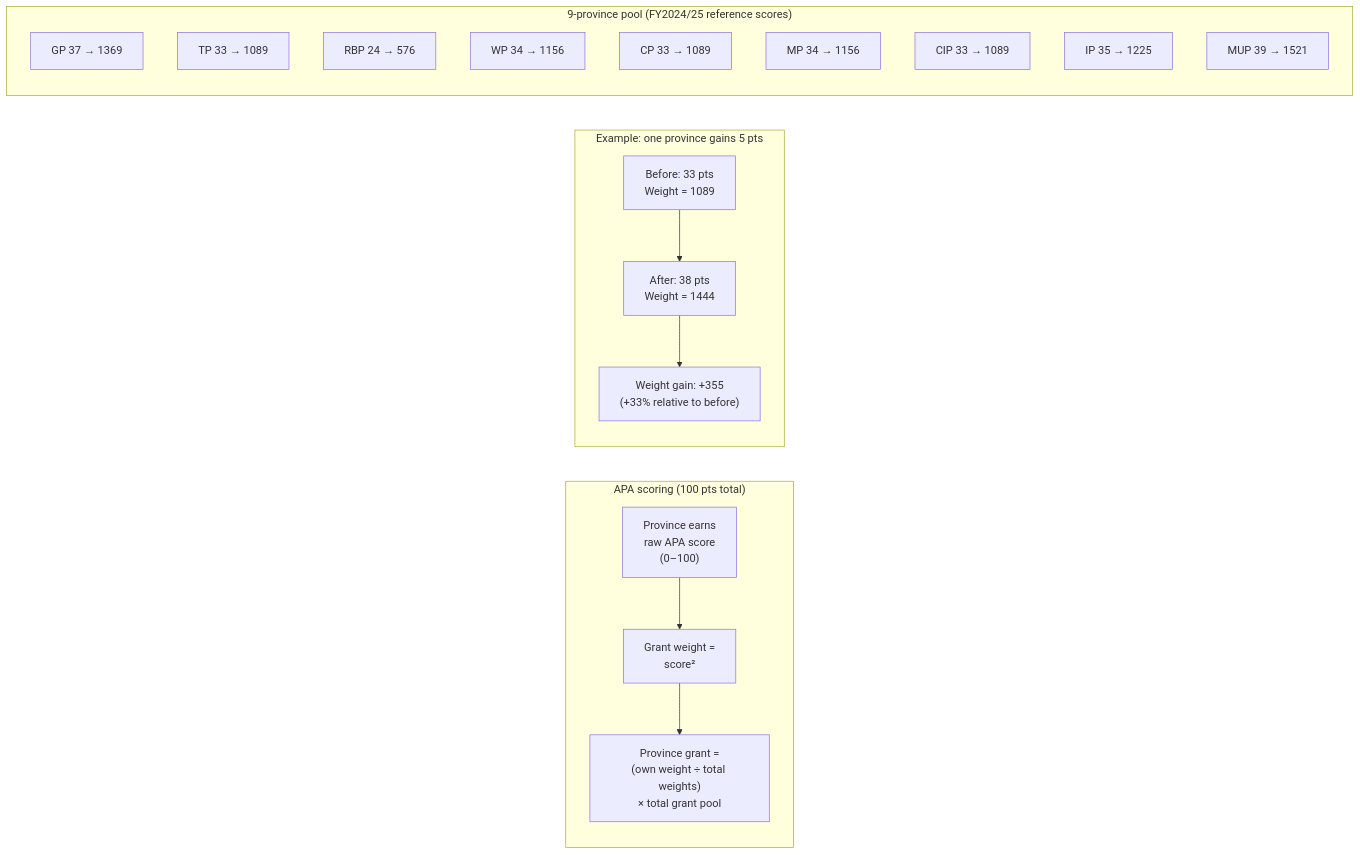
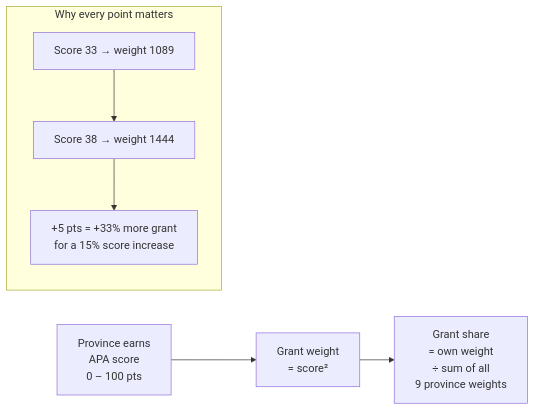
One commit to zvtate/local-checkin-agent changed the fourth of 4 diagrams in docs/ARCHITECTURE.md. Above: the diagram before and after it, drawn with Mermaid. The commit also changed other lines of this file and 4 other files, not shown here.

````diff
--- a/docs/ARCHITECTURE.md
+++ b/docs/ARCHITECTURE.md
@@ -199,31 +198,12 @@
 ```mermaid
 flowchart LR
-    subgraph APA["APA scoring (100 pts total)"]
-        direction TB
-        S["Province earns\nraw APA score\n(0–100)"]
-        W["Grant weight =\nscore²"]
-        G["Province grant =\n(own weight ÷ total weights)\n× total grant pool"]
-        S --> W --> G
-    end
+    Score["Province earns\nAPA score\n0 – 100 pts"] --> Weight["Grant weight\n= score²"]
+    Weight --> Share["Grant share\n= own weight\n÷ sum of all\n9 province weights"]
 
-    subgraph Example["Example: one province gains 5 pts"]
-        direction TB
-        B["Before: 33 pts\nWeight = 1089"]
-        A["After: 38 pts\nWeight = 1444"]
-        D["Weight gain: +355\n(+33% relative to before)"]
-        B --> A --> D
-    end
-
-    subgraph Pool["9-province pool (FY2024/25 reference scores)"]
-        direction TB
-        P1["GP 37 → 1369"]
-        P2["TP 33 → 1089"]
-        P3["RBP 24 → 576"]
-        P4["WP 34 → 1156"]
-        P5["CP 33 → 1089"]
-        P6["MP 34 → 1156"]
-        P7["CIP 33 → 1089"]
-        P8["IP 35 → 1225"]
-        P9["MUP 39 → 1521"]
+    subgraph Why_it_matters["Why every point matters"]
+        Ex1["Score 33 → weight 1089"]
+        Ex2["Score 38 → weight 1444"]
+        Ex3["+5 pts = +33% more grant\nfor a 15% score increase"]
+        Ex1 --> Ex2 --> Ex3
     end
 ```
````
